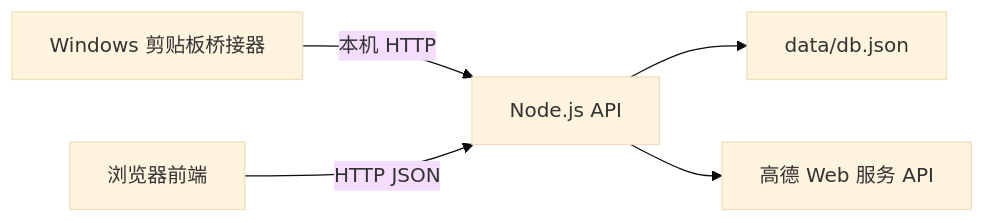
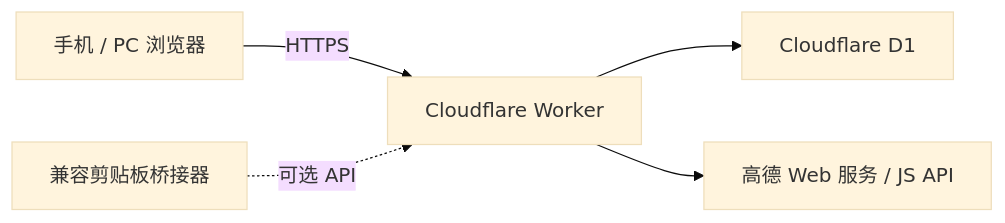
Before and after one commit to lzhdelife/shenzhen-tutor-web: the diagram in docs/TECHNICAL.md, drawn with Mermaid (base theme). The commit also changed other lines of this file and 4 other files, not shown here.

````diff
--- a/docs/TECHNICAL.md
+++ b/docs/TECHNICAL.md
@@ -5,7 +7,7 @@
 ```mermaid
 flowchart LR
-    C["Windows 剪贴板桥接器"] -->|"本机 HTTP"| A["Node.js API"]
-    B["浏览器前端"] -->|"HTTP JSON"| A["Node.js API"]
-    A --> D["data/db.json"]
-    A --> G["高德 Web 服务 API"]
+    B["手机 / PC 浏览器"] -->|"HTTPS"| W["Cloudflare Worker"]
+    W --> D["Cloudflare D1"]
+    W --> A["高德 Web 服务 / JS API"]
+    X["兼容剪贴板桥接器"] -.->|"可选 API"| W
 ```
````
